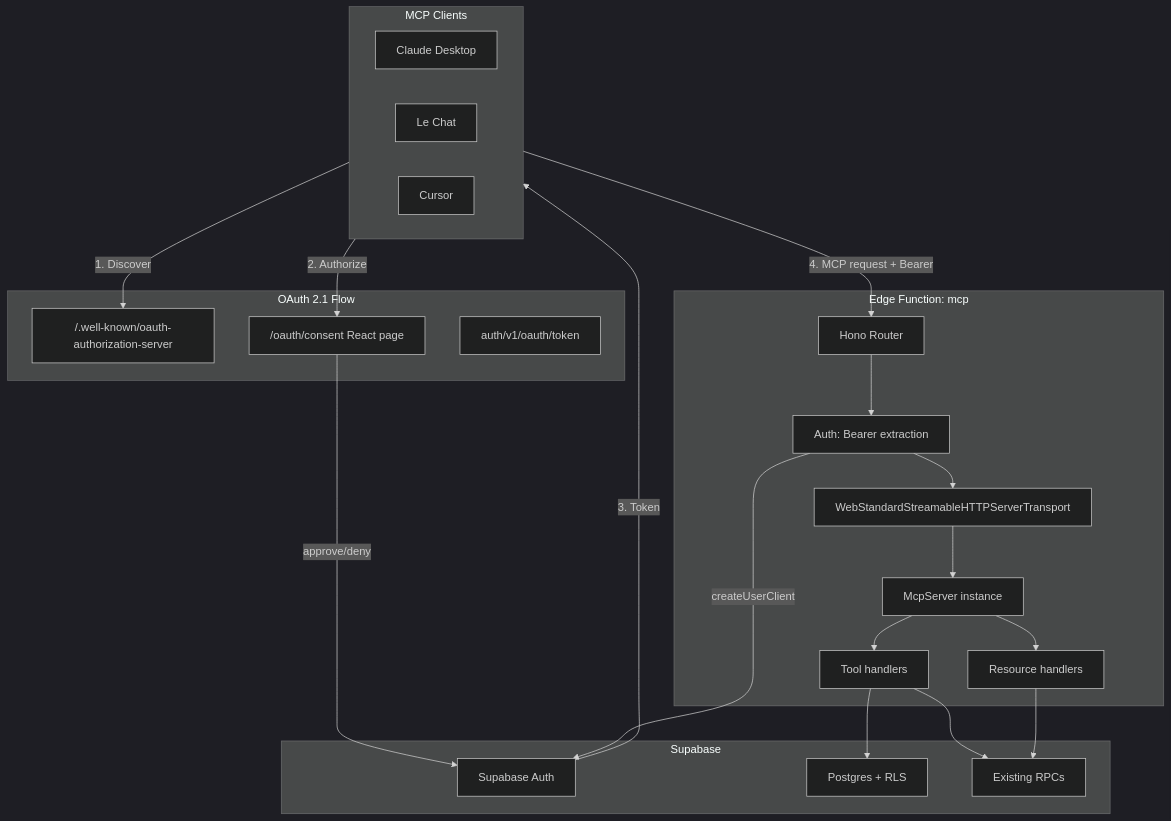
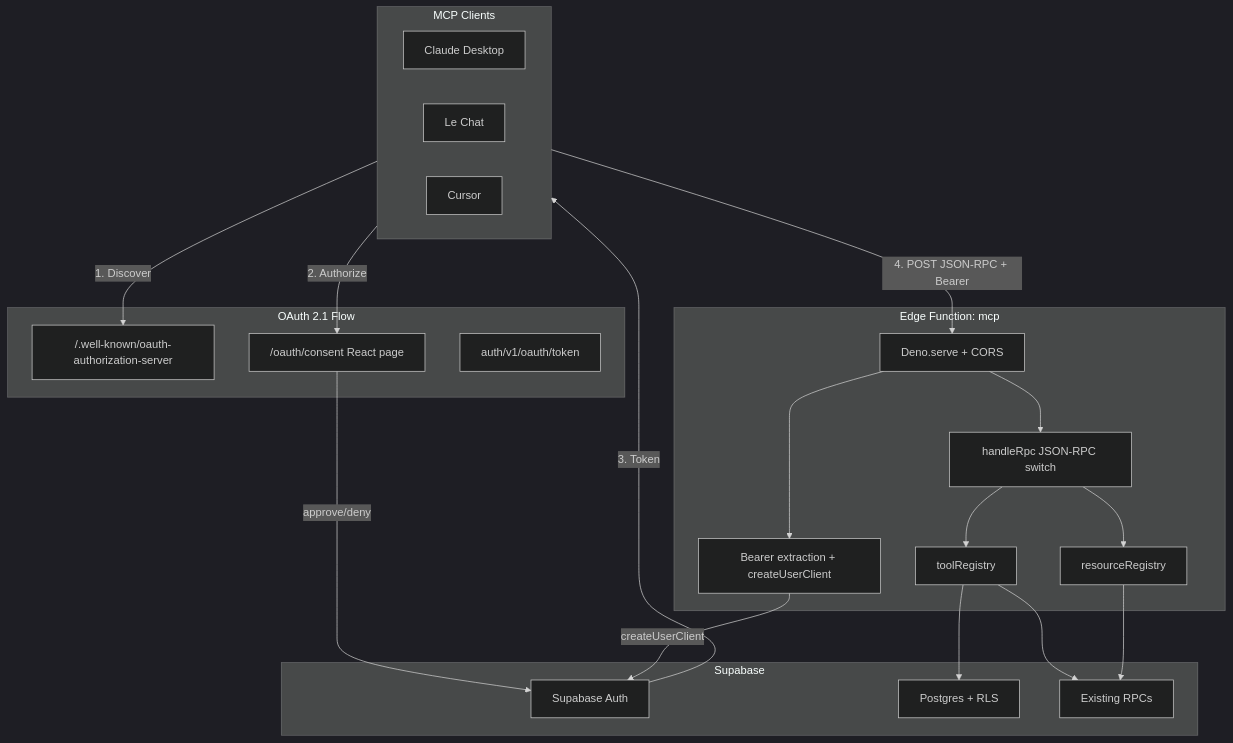
One commit to PierreTsia/workout-app changed the second of 2 diagrams in docs/Tech_Plan_—_MCP-First_Architecture_#231.md. Above: the diagram before and after it, drawn with Mermaid (dark theme). The commit also changed other lines of this file, not shown here.

First line of the commit message:
docs(#231): update Tech Plan to reflect architectural pivots and implementation status

````diff
--- a/docs/Tech_Plan_—_MCP-First_Architecture_#231.md
+++ b/docs/Tech_Plan_—_MCP-First_Architecture_#231.md
@@ -91,44 +96,42 @@
 ```mermaid
 graph TD
   subgraph clients [MCP Clients]
     Claude[Claude Desktop]
     LeChat[Le Chat]
     CursorIDE[Cursor]
   end
 
   subgraph oauthFlow [OAuth 2.1 Flow]
     Discovery["/.well-known/oauth-authorization-server"]
     ConsentPage["/oauth/consent React page"]
     TokenEndpoint["auth/v1/oauth/token"]
   end
 
   subgraph edgeFunction [Edge Function: mcp]
-    HonoApp[Hono Router]
-    McpServerInst[McpServer instance]
-    Transport[WebStandardStreamableHTTPServerTransport]
-    ToolHandlers[Tool handlers]
-    ResourceHandlers[Resource handlers]
-    AuthMW[Auth: Bearer extraction]
+    DenoServe["Deno.serve + CORS"]
+    HandleRpc["handleRpc JSON-RPC switch"]
+    ToolReg[toolRegistry]
+    ResReg[resourceRegistry]
+    AuthExtract["Bearer extraction + createUserClient"]
   end
 
   subgraph supabaseLayer [Supabase]
     Auth[Supabase Auth]
     DB[Postgres + RLS]
     RPCs[Existing RPCs]
   end
 
   clients -->|"1. Discover"| Discovery
   clients -->|"2. Authorize"| ConsentPage
   ConsentPage -->|approve/deny| Auth
   Auth -->|"3. Token"| clients
-  clients -->|"4. MCP request + Bearer"| HonoApp
-  HonoApp --> AuthMW
-  AuthMW -->|createUserClient| Auth
-  AuthMW --> Transport
-  Transport --> McpServerInst
-  McpServerInst --> ToolHandlers
-  McpServerInst --> ResourceHandlers
-  ToolHandlers --> DB
-  ToolHandlers --> RPCs
-  ResourceHandlers --> RPCs
+  clients -->|"4. POST JSON-RPC + Bearer"| DenoServe
+  DenoServe --> AuthExtract
+  AuthExtract -->|createUserClient| Auth
+  DenoServe --> HandleRpc
+  HandleRpc --> ToolReg
+  HandleRpc --> ResReg
+  ToolReg --> DB
+  ToolReg --> RPCs
+  ResReg --> RPCs
 ```
````
